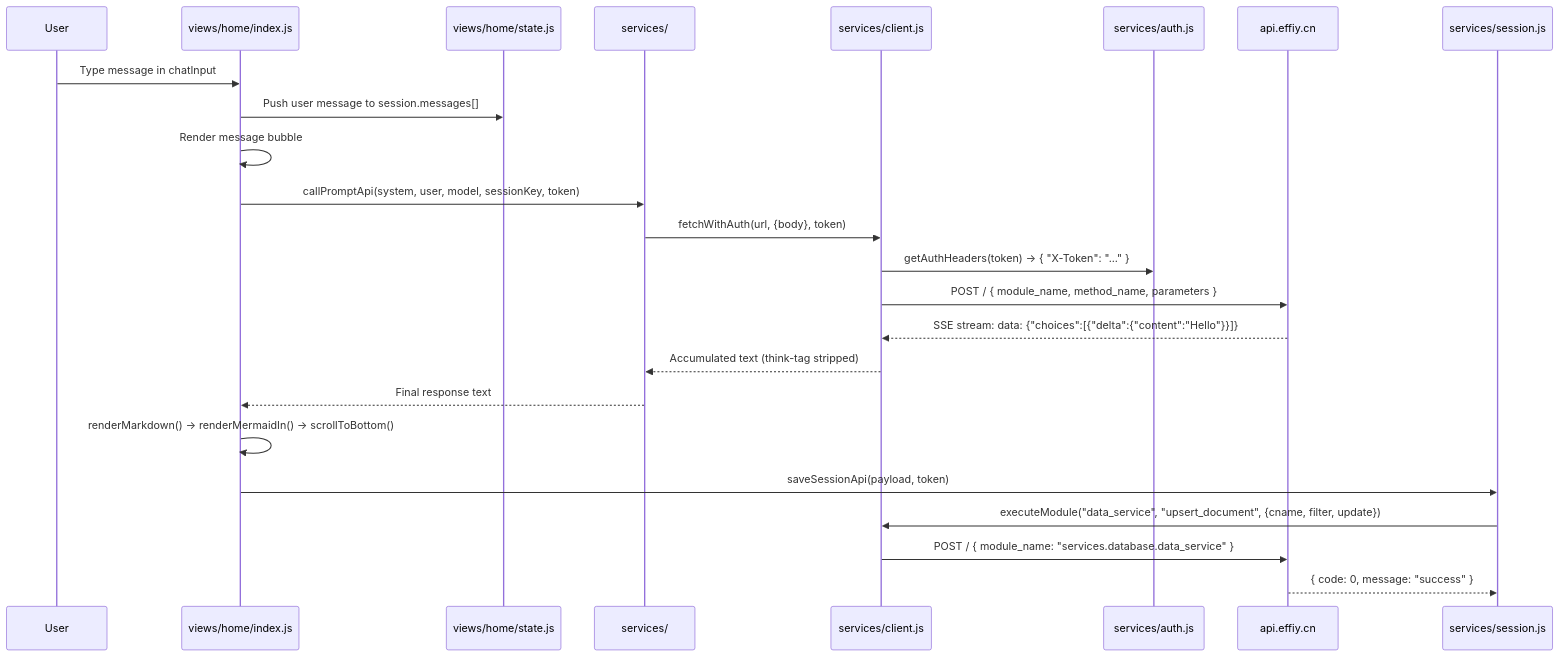
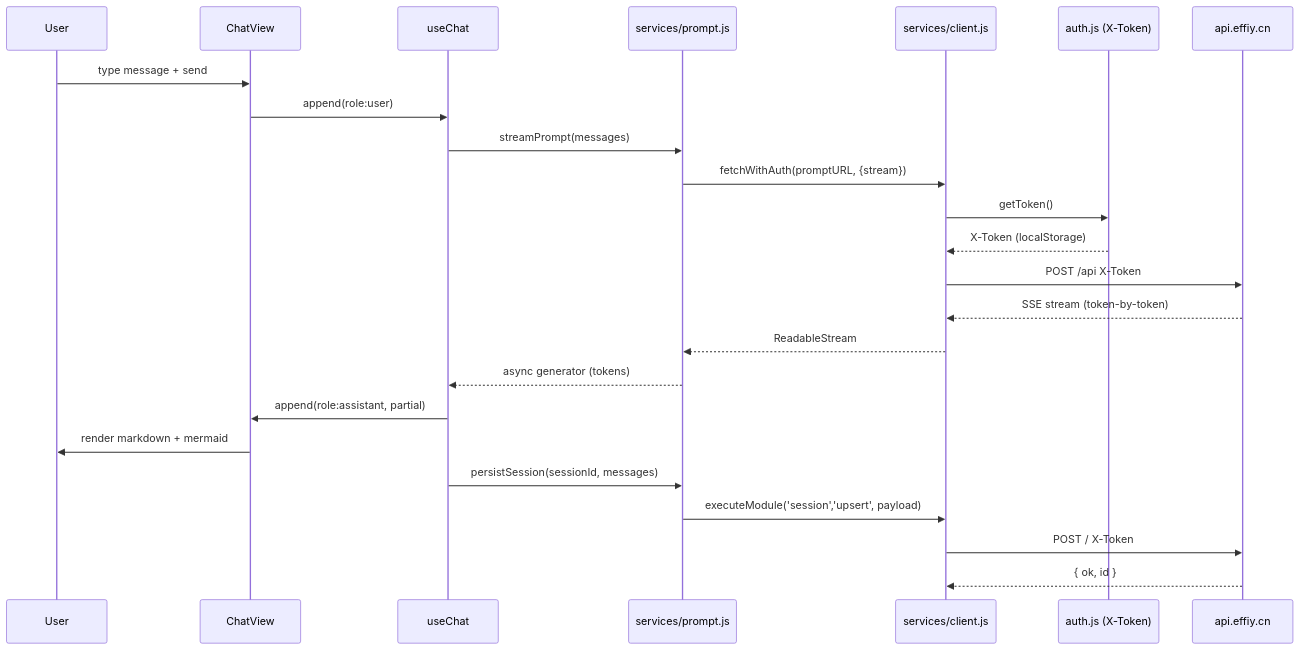
Before and after one commit to effiy/YrY: the diagram in YiDoc/projects/YiH5/arch/scene-2-data-flow-tracing/index.md, drawn with Mermaid. The commit also changed other lines of this file and 1428 other files, not shown here.

````diff
--- a/YiDoc/projects/YiH5/arch/scene-2-data-flow-tracing/index.md
+++ b/YiDoc/projects/YiH5/arch/scene-2-data-flow-tracing/index.md
@@ -9,27 +9,27 @@
 ```mermaid
 sequenceDiagram
-    participant User
-    participant UI as views/home/index.js
-    participant State as views/home/state.js
-    participant Service as services/
-    participant Client as services/client.js
-    participant Auth as services/auth.js
-    participant API as api.effiy.cn
-    participant Store as services/session.js
+    participant U as User
+    participant V as ChatView
+    participant UC as useChat
+    participant S as services/prompt.js
+    participant C as services/client.js
+    participant A as auth.js (X-Token)
+    participant N as api.effiy.cn
 
-    User->>UI: Type message in chatInput
-    UI->>State: Push user message to session.messages[]
-    UI->>UI: Render message bubble
-    UI->>Service: callPromptApi(system, user, model, sessionKey, token)
-    Service->>Client: fetchWithAuth(url, {body}, token)
-    Client->>Auth: getAuthHeaders(token) → { "X-Token": "..." }
-    Client->>API: POST / { module_name, method_name, parameters }
-    API-->>Client: SSE stream: data: {"choices":[{"delta":{"content":"Hello"}}]}
-    Client-->>Service: Accumulated text (think-tag stripped)
-    Service-->>UI: Final response text
-    UI->>UI: renderMarkdown() → renderMermaidIn() → scrollToBottom()
-    UI->>Store: saveSessionApi(payload, token)
-    Store->>Client: executeModule("data_service", "upsert_document", {cname, filter, update})
-    Client->>API: POST / { module_name: "services.database.data_service" }
-    API-->>Store: { code: 0, message: "success" }
+    U->>V: type message + send
+    V->>UC: append(role:user)
+    UC->>S: streamPrompt(messages)
+    S->>C: fetchWithAuth(promptURL, {stream})
+    C->>A: getToken()
+    A-->>C: X-Token (localStorage)
+    C->>N: POST /api X-Token
+    N-->>C: SSE stream (token-by-token)
+    C-->>S: ReadableStream
+    S-->>UC: async generator (tokens)
+    UC->>V: append(role:assistant, partial)
+    V->>U: render markdown + mermaid
+    UC->>S: persistSession(sessionId, messages)
+    S->>C: executeModule('session','upsert', payload)
+    C->>N: POST / X-Token
+    N-->>C: { ok, id }
 ```
````
